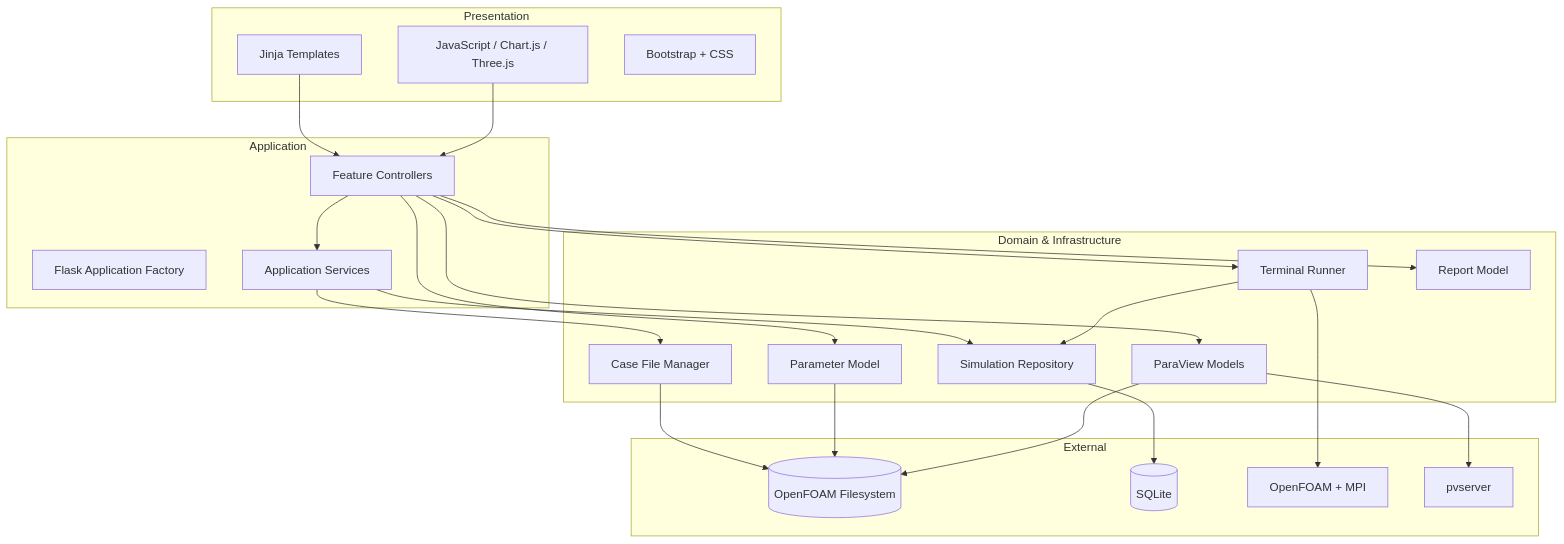
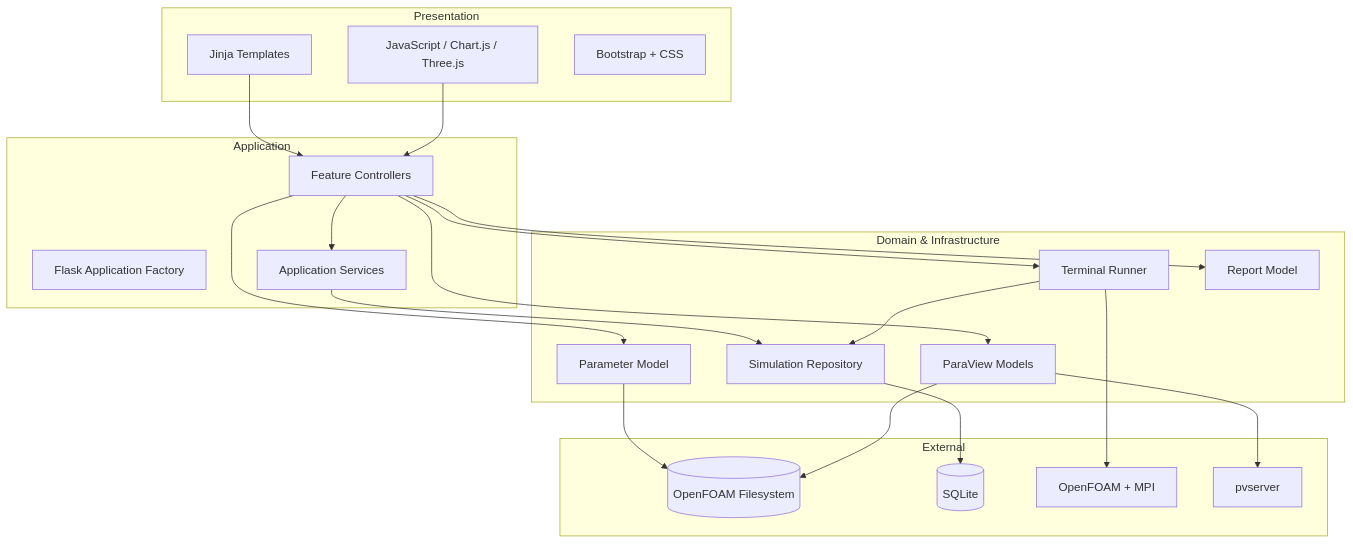
Before and after one commit to noosabaktee/interface_onproduct: the fourth of 18 diagrams in DOKUMENTASI_SISTEM.md, drawn with Mermaid. The commit also changed other lines of this file and 25 other files, not shown here.

Commit message:
delete case file manager & terminal for skripsi

````diff
--- a/DOKUMENTASI_SISTEM.md
+++ b/DOKUMENTASI_SISTEM.md
@@ -764,47 +657,44 @@
 ```mermaid
 flowchart TB
     subgraph Presentation
         HTML[Jinja Templates]
         JS[JavaScript / Chart.js / Three.js]
         CSS[Bootstrap + CSS]
     end
 
     subgraph Application
         APP[Flask Application Factory]
         CTRL[Feature Controllers]
         SVC[Application Services]
     end
 
     subgraph DomainInfrastructure[Domain & Infrastructure]
         PARAM[Parameter Model]
-        CASE[Case File Manager]
         RUNNER[Terminal Runner]
         REPO[Simulation Repository]
         PV[ParaView Models]
         REPORT[Report Model]
     end
 
     subgraph External
         FS[(OpenFOAM Filesystem)]
         DB[(SQLite)]
         OF[OpenFOAM + MPI]
         PVS[pvserver]
     end
 
     HTML --> CTRL
     JS --> CTRL
     CTRL --> SVC
     CTRL --> PARAM
     CTRL --> RUNNER
     CTRL --> PV
     CTRL --> REPORT
-    SVC --> CASE
     SVC --> REPO
-    CASE --> FS
     PARAM --> FS
     RUNNER --> OF
     RUNNER --> REPO
     PV --> FS
     PV --> PVS
     REPO --> DB
 ```
````
